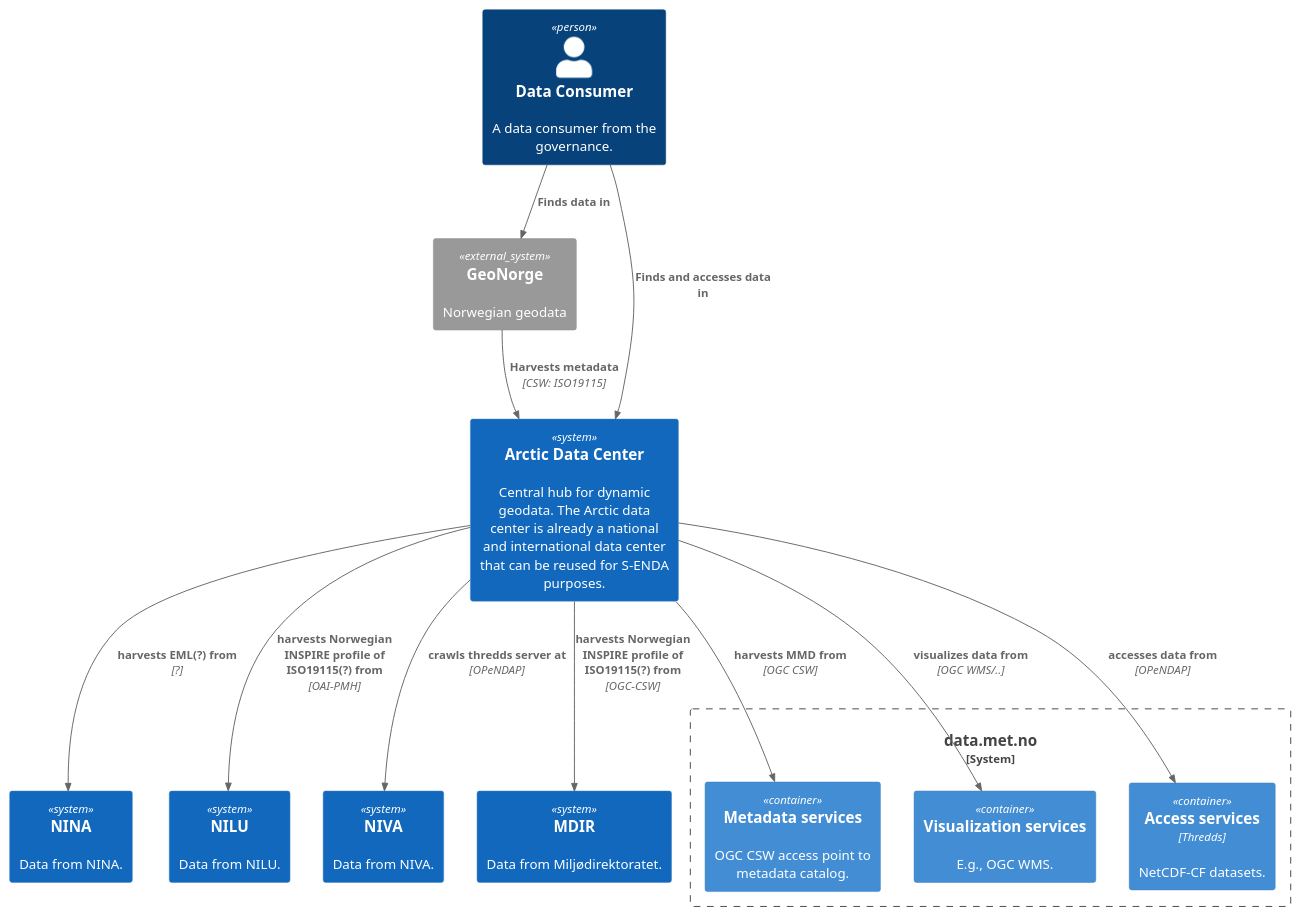
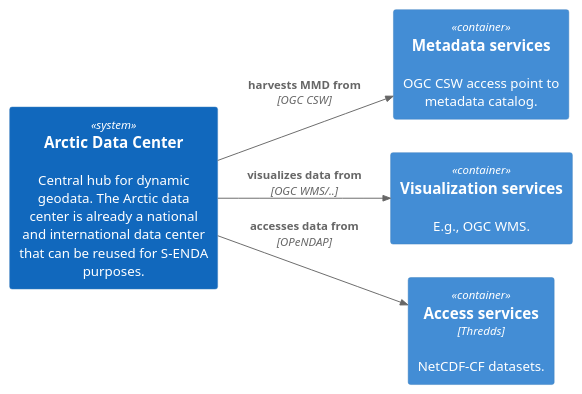
Before and after one commit to metno/S-ENDA-documentation: the diagram in source/puml/architecture/met_container_diagram.puml, drawn with PlantUML. The commit also changed 1 other file, not shown here.

```diff
--- a/source/puml/architecture/met_container_diagram.puml
+++ b/source/puml/architecture/met_container_diagram.puml
@@ -1,35 +1,17 @@
 @startuml met-container-diagram
 !include https://raw.githubusercontent.com/plantuml-stdlib/C4-PlantUML/master/C4_Container.puml
 
-LAYOUT_TOP_DOWN()
-'LAYOUT_LEFT_RIGHT()
-
-Person(consumers, "Data Consumer", "A data consumer from the governance.")
-
-System_Ext(geonorge, "GeoNorge", "Norwegian geodata")
+'LAYOUT_TOP_DOWN()
+LAYOUT_LEFT_RIGHT()
 
 System(adc, "Arctic Data Center", "Central hub for dynamic geodata. The Arctic data center is already a national and international data center that can be reused for S-ENDA purposes.")
 
-System_Boundary(met, "data.met.no"){
-  Container(catalog, "Metadata services", "", "OGC CSW access point to metadata catalog.")
-  Container(vis, "Visualization services", "", "E.g., OGC WMS.")
-  Container(access, "Access services", "Thredds", "NetCDF-CF datasets.")
-}
+Container(catalog, "Metadata services", "", "OGC CSW access point to metadata catalog.")
+Container(vis, "Visualization services", "", "E.g., OGC WMS.")
+Container(access, "Access services", "Thredds", "NetCDF-CF datasets.")
 
-System(nina, "NINA", "Data from NINA.")
-System(nilu, "NILU", "Data from NILU.")
-System(niva, "NIVA", "Data from NIVA.")
-System(mdir, "MDIR", "Data from Miljødirektoratet.")
-
-Rel(consumers, geonorge, "Finds data in")
-Rel(consumers, adc, "Finds and accesses data in")
-Rel(geonorge, adc, "Harvests metadata", "CSW: ISO19115")
 Rel(adc, catalog, "harvests MMD from", "OGC CSW")
 Rel(adc, vis, "visualizes data from", "OGC WMS/..")
 Rel(adc, access, "accesses data from", "OPeNDAP")
-Rel(adc, nina, "harvests EML(?) from", "?")
-Rel(adc, nilu, "harvests Norwegian INSPIRE profile of ISO19115(?) from", "OAI-PMH")
-Rel(adc, niva, "crawls thredds server at", "OPeNDAP")
-Rel(adc, mdir, "harvests Norwegian INSPIRE profile of ISO19115(?) from", "OGC-CSW")
 
 @enduml
```
